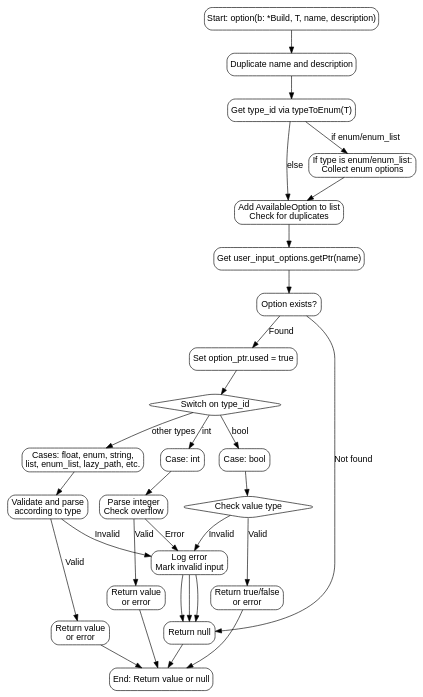
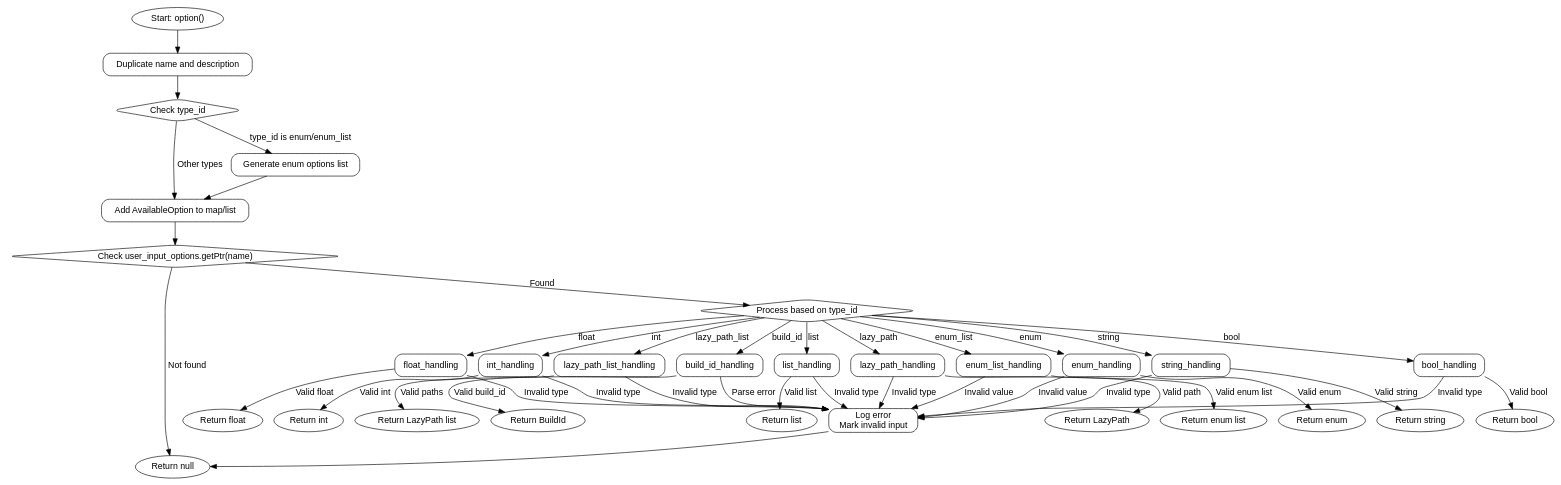
The diagram in dot_std/Build.zig.option.md (sdzx-1/deepseek-zig-reader), drawn with Graphviz before and after one commit. The commit also changed other lines of this file and 236 other files, not shown here.

````diff
--- a/dot_std/Build.zig.option.md
+++ b/dot_std/Build.zig.option.md
@@ -42,78 +19,81 @@
 ```dot
 digraph flowchart {
-    node [shape=rectangle, style="rounded", fontname="Arial"];
-    edge [fontname="Arial"];
+    node [fontname="Helvetica", shape=rect, style="rounded"];
+    edge [fontname="Helvetica"];
 
-    start [label="Start: option(b: *Build, T, name, description)"];
-    dup_name_desc [label="Duplicate name and description"];
-    get_type_id [label="Get type_id via typeToEnum(T)"];
-    handle_enum [label="If type is enum/enum_list:\nCollect enum options"];
-    add_option [label="Add AvailableOption to list\nCheck for duplicates"];
-    get_user_input [label="Get user_input_options.getPtr(name)"];
-    check_null [label="Option exists?"];
-    mark_used [label="Set option_ptr.used = true"];
-    switch_type_id [label="Switch on type_id", shape=diamond];
+    start [label="Start: option()", shape=ellipse];
+    dup_names [label="Duplicate name and description"];
+    check_type [label="Check type_id", shape=diamond];
+    enum_processing [label="Generate enum options list"];
+    add_available_option [label="Add AvailableOption to map/list"];
+    check_option_ptr [label="Check user_input_options.getPtr(name)", shape=diamond];
+    return_null [label="Return null", shape=ellipse];
+    process_type [label="Process based on type_id", shape=diamond];
+    error_handling [label="Log error\nMark invalid input", shape=rect];
 
-    // Boolean handling
-    bool_case [label="Case: bool"];
-    check_bool_value [label="Check value type", shape=diamond];
-    return_bool [label="Return true/false\nor error"];
+    // Main flow
+    start -> dup_names;
+    dup_names -> check_type;
+
+    // Enum processing branch
+    check_type -> enum_processing [label="type_id is enum/enum_list"];
+    enum_processing -> add_available_option;
+
+    // Non-enum processing
+    check_type -> add_available_option [label="Other types"];
     
-    // Integer handling
-    int_case [label="Case: int"];
-    parse_int [label="Parse integer\nCheck overflow"];
-    return_int [label="Return value\nor error"];
-    
-    // Other type cases (collapsed for simplicity)
-    other_cases [label="Cases: float, enum, string,\nlist, enum_list, lazy_path, etc."];
-    validate_others [label="Validate and parse\naccording to type"];
-    return_others [label="Return value\nor error"];
+    // Common flow after type check
+    add_available_option -> check_option_ptr;
+    check_option_ptr -> return_null [label="Not found"];
+    check_option_ptr -> process_type [label="Found"];
 
-    // Common error nodes
-    log_error [label="Log error\nMark invalid input"];
-    return_null [label="Return null"];
+    // Type processing branches
+    process_type -> bool_handling [label="bool"];
+    process_type -> int_handling [label="int"];
+    process_type -> float_handling [label="float"];
+    process_type -> enum_handling [label="enum"];
+    process_type -> string_handling [label="string"];
+    process_type -> list_handling [label="list"];
+    process_type -> enum_list_handling [label="enum_list"];
+    process_type -> lazy_path_handling [label="lazy_path"];
+    process_type -> lazy_path_list_handling [label="lazy_path_list"];
+    process_type -> build_id_handling [label="build_id"];
 
-    // Edge connections
-    start -> dup_name_desc;
-    dup_name_desc -> get_type_id;
-    get_type_id -> handle_enum [label="if enum/enum_list"];
-    handle_enum -> add_option;
-    get_type_id -> add_option [label="else"];
-    add_option -> get_user_input;
-    get_user_input -> check_null;
-    check_null -> mark_used [label="Found"];
-    check_null -> return_null [label="Not found"];
-    mark_used -> switch_type_id;
+    // Generic error handling
+    bool_handling -> error_handling [label="Invalid type"];
+    int_handling -> error_handling [label="Invalid type"];
+    float_handling -> error_handling [label="Invalid type"];
+    enum_handling -> error_handling [label="Invalid value"];
+    string_handling -> error_handling [label="Invalid type"];
+    list_handling -> error_handling [label="Invalid type"];
+    enum_list_handling -> error_handling [label="Invalid value"];
+    lazy_path_handling -> error_handling [label="Invalid type"];
+    lazy_path_list_handling -> error_handling [label="Invalid type"];
+    build_id_handling -> error_handling [label="Parse error"];
+    error_handling -> return_null;
 
-    // Switch branches
-    switch_type_id -> bool_case [label="bool"];
-    switch_type_id -> int_case [label="int"];
-    switch_type_id -> other_cases [label="other types"];
+    // Successful returns
+    bool_handling -> return_bool [label="Valid bool"];
+    int_handling -> return_int [label="Valid int"];
+    float_handling -> return_float [label="Valid float"];
+    enum_handling -> return_enum [label="Valid enum"];
+    string_handling -> return_string [label="Valid string"];
+    list_handling -> return_list [label="Valid list"];
+    enum_list_handling -> return_enum_list [label="Valid enum list"];
+    lazy_path_handling -> return_lazy_path [label="Valid path"];
+    lazy_path_list_handling -> return_lazy_path_list [label="Valid paths"];
+    build_id_handling -> return_build_id [label="Valid build_id"];
 
-    // Boolean branch
-    bool_case -> check_bool_value;
-    check_bool_value -> return_bool [label="Valid"];
-    check_bool_value -> log_error [label="Invalid"];
-    log_error -> return_null;
-
-    // Integer branch
-    int_case -> parse_int;
-    parse_int -> return_int [label="Valid"];
-    parse_int -> log_error [label="Error"];
-    log_error -> return_null;
-
-    // Other types branch
-    other_cases -> validate_others;
-    validate_others -> return_others [label="Valid"];
-    validate_others -> log_error [label="Invalid"];
-    log_error -> return_null;
-
-    // Final returns
-    return_bool -> end;
-    return_int -> end;
-    return_others -> end;
-    return_null -> end;
-
-    end [label="End: Return value or null"];
+    // Return nodes
+    return_bool [label="Return bool", shape=ellipse];
+    return_int [label="Return int", shape=ellipse];
+    return_float [label="Return float", shape=ellipse];
+    return_enum [label="Return enum", shape=ellipse];
+    return_string [label="Return string", shape=ellipse];
+    return_list [label="Return list", shape=ellipse];
+    return_enum_list [label="Return enum list", shape=ellipse];
+    return_lazy_path [label="Return LazyPath", shape=ellipse];
+    return_lazy_path_list [label="Return LazyPath list", shape=ellipse];
+    return_build_id [label="Return BuildId", shape=ellipse];
 }
-```
+``` 
````
